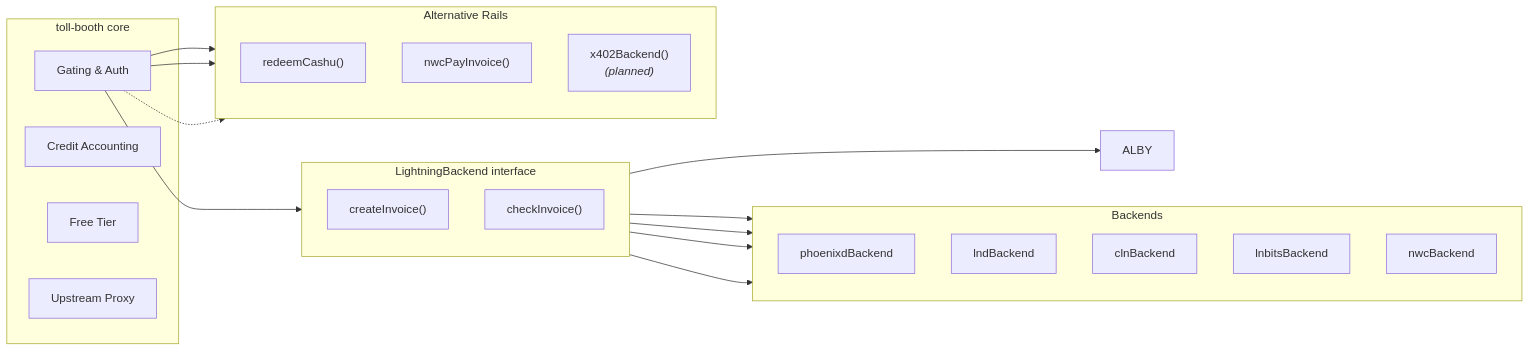
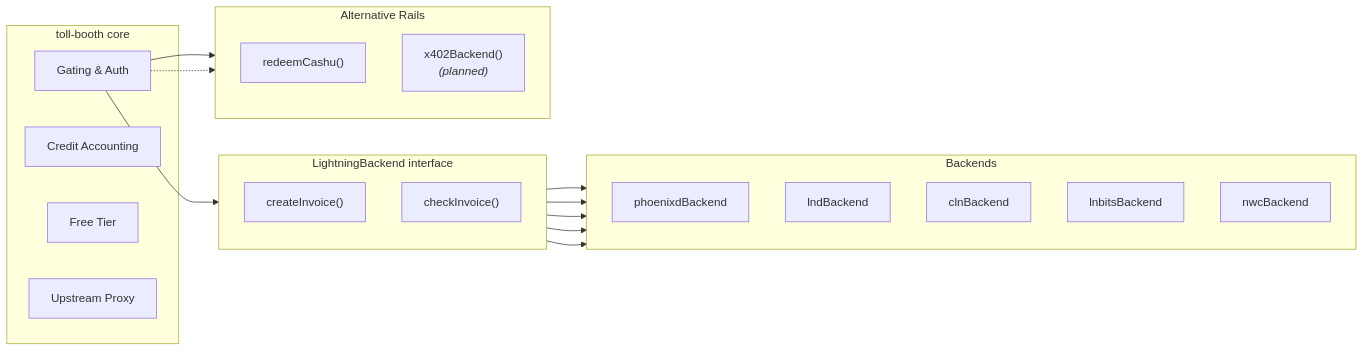
Before and after one commit to forgesworn/toll-booth: the fourth of 5 diagrams in docs/architecture.md, drawn with Mermaid. The commit also changed other lines of this file and 63 other files, not shown here.

First line of the commit message:
feat!: adopt nwc-kit and remove payer credential flow (#76)

````diff
--- a/docs/architecture.md
+++ b/docs/architecture.md
@@ -121,41 +119,39 @@
 ```mermaid
 graph LR
     subgraph "toll-booth core"
         GATE[Gating & Auth]
         CREDIT[Credit Accounting]
         FREE[Free Tier]
         PROXY[Upstream Proxy]
     end
 
     subgraph "LightningBackend interface"
         direction TB
         CI["createInvoice()"]
         CHK["checkInvoice()"]
     end
 
     subgraph "Backends"
         direction TB
         PHX[phoenixdBackend]
         LND_B[lndBackend]
         CLN_B[clnBackend]
         LNBITS[lnbitsBackend]
         NWC_B[nwcBackend]
     end
 
     subgraph "Alternative Rails"
         direction TB
         CASHU_R["redeemCashu()"]
-        NWC_R["nwcPayInvoice()"]
         X402_R["x402Backend()<br/><i>(planned)</i>"]
     end
 
     GATE --> CI
     GATE --> CASHU_R
-    GATE --> NWC_R
     GATE -.-> X402_R
     CI --> PHX
     CI --> LND_B
     CI --> CLN_B
     CI --> LNBITS
-    CI --> ALBY
+    CI --> NWC_B
 ```
````
